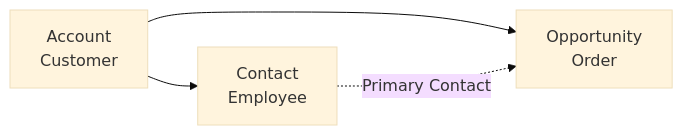
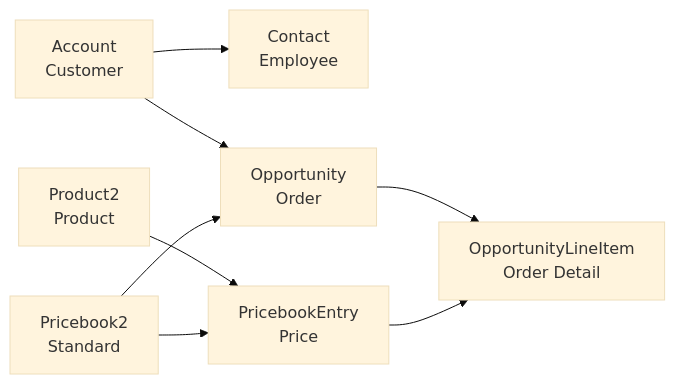
Before and after one commit to jiridj/classic-models-seeder: the diagram in docs/setup/SALESFORCE.md, drawn with Mermaid (base theme). The commit also changed other lines of this file and 6 other files, not shown here.

First line of the commit message:
fix(salesforce): Fix OpportunityLineItem updates and improve rate limiting

````diff
--- a/docs/setup/SALESFORCE.md
+++ b/docs/setup/SALESFORCE.md
@@ -368,6 +429,10 @@
 ```mermaid
 graph LR
     A[Account<br/>Customer] --> C[Contact<br/>Employee]
     A --> O[Opportunity<br/>Order]
-    C -.Primary Contact.-> O
+    O --> OLI[OpportunityLineItem<br/>Order Detail]
+    P[Product2<br/>Product] --> PBE[PricebookEntry<br/>Price]
+    PBE --> OLI
+    PB[Pricebook2<br/>Standard] --> PBE
+    PB --> O
 ```
````
